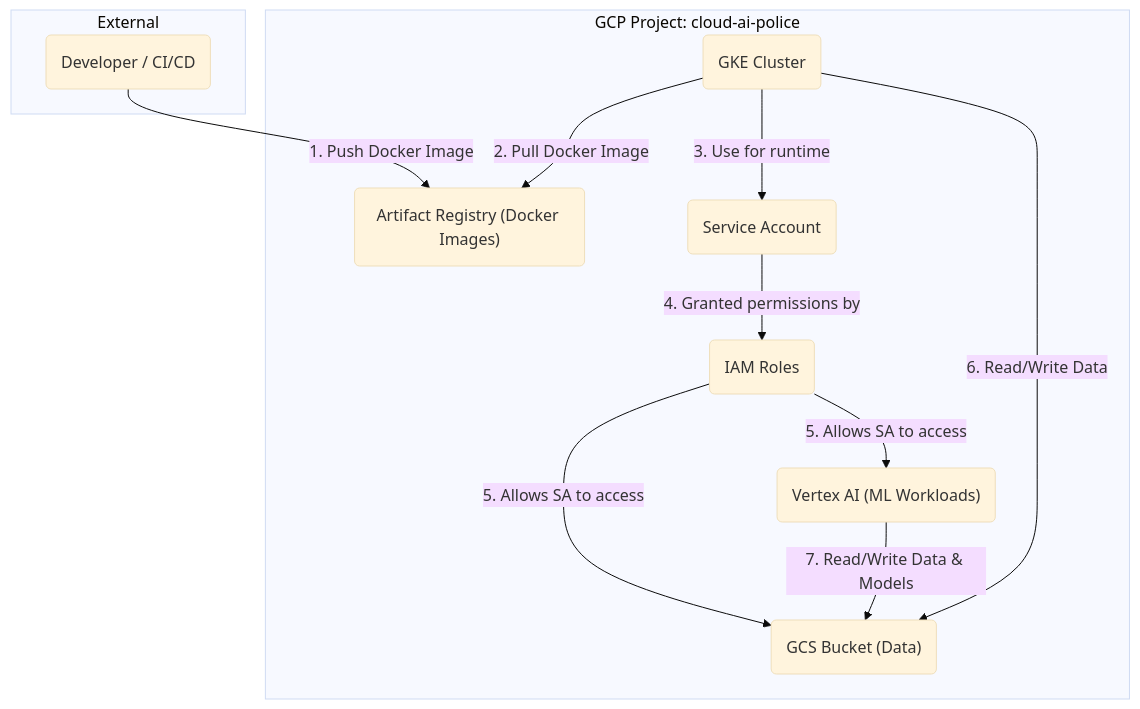
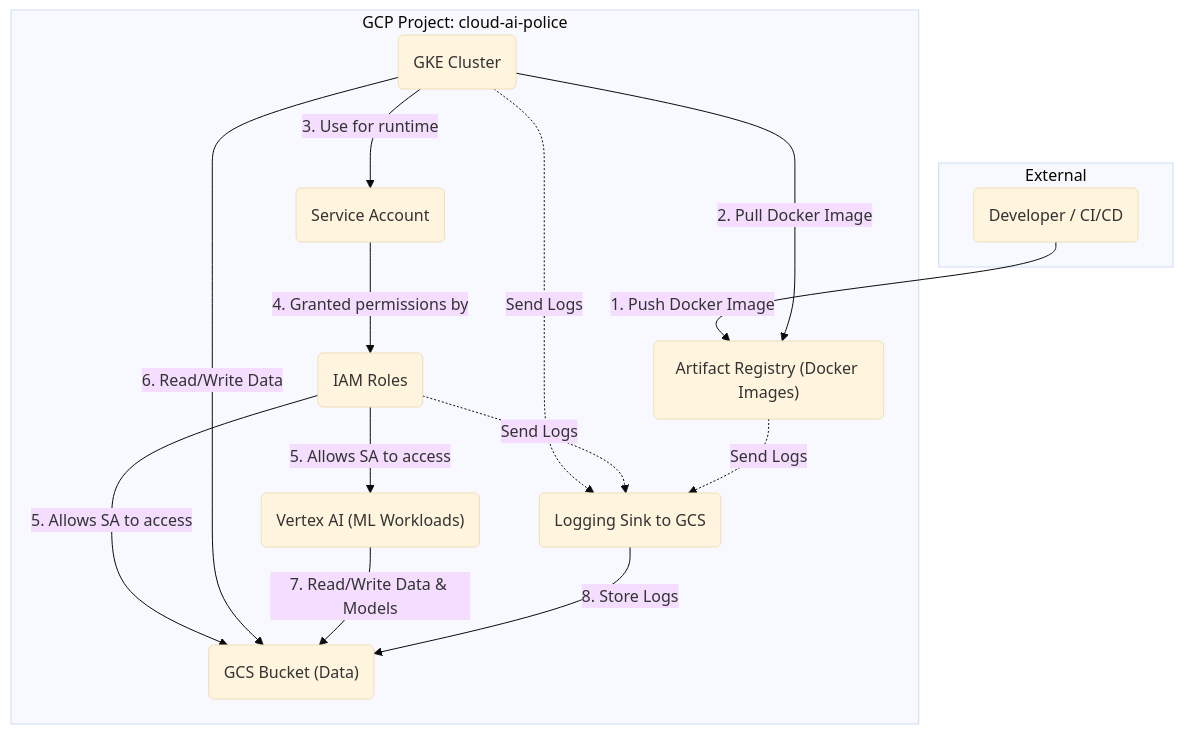
The diagram in Infra.md (cloud-ai-watchdog/infra-terraform), drawn with Mermaid (base theme) before and after one commit.

Commit message:
infra diagram added

````diff
--- a/Infra.md
+++ b/Infra.md
@@ -5,25 +5,29 @@
 ```mermaid
 graph TD
     subgraph "GCP Project: cloud-ai-police"
         GKE("GKE Cluster");
         SA("Service Account");
         GCS("GCS Bucket (Data)");
         GAR("Artifact Registry (Docker Images)");
         VertexAI("Vertex AI (ML Workloads)");
         IAM("IAM Roles");
+        LOGSINK("Logging Sink to GCS");
     end
 
     subgraph "External"
         Developer("Developer / CI/CD");
     end
 
     Developer -- "1. Push Docker Image" --> GAR;
     GKE -- "2. Pull Docker Image" --> GAR;
     GKE -- "3. Use for runtime" --> SA;
     SA -- "4. Granted permissions by" --> IAM;
     IAM -- "5. Allows SA to access" --> GCS;
     IAM -- "5. Allows SA to access" --> VertexAI;
     GKE -- "6. Read/Write Data" --> GCS;
     VertexAI -- "7. Read/Write Data & Models" --> GCS;
-
+    LOGSINK -- "8. Store Logs" --> GCS;
+    GKE -. "Send Logs" .-> LOGSINK;
+    IAM -. "Send Logs" .-> LOGSINK;
+    GAR -. "Send Logs" .-> LOGSINK;
 ```
````
